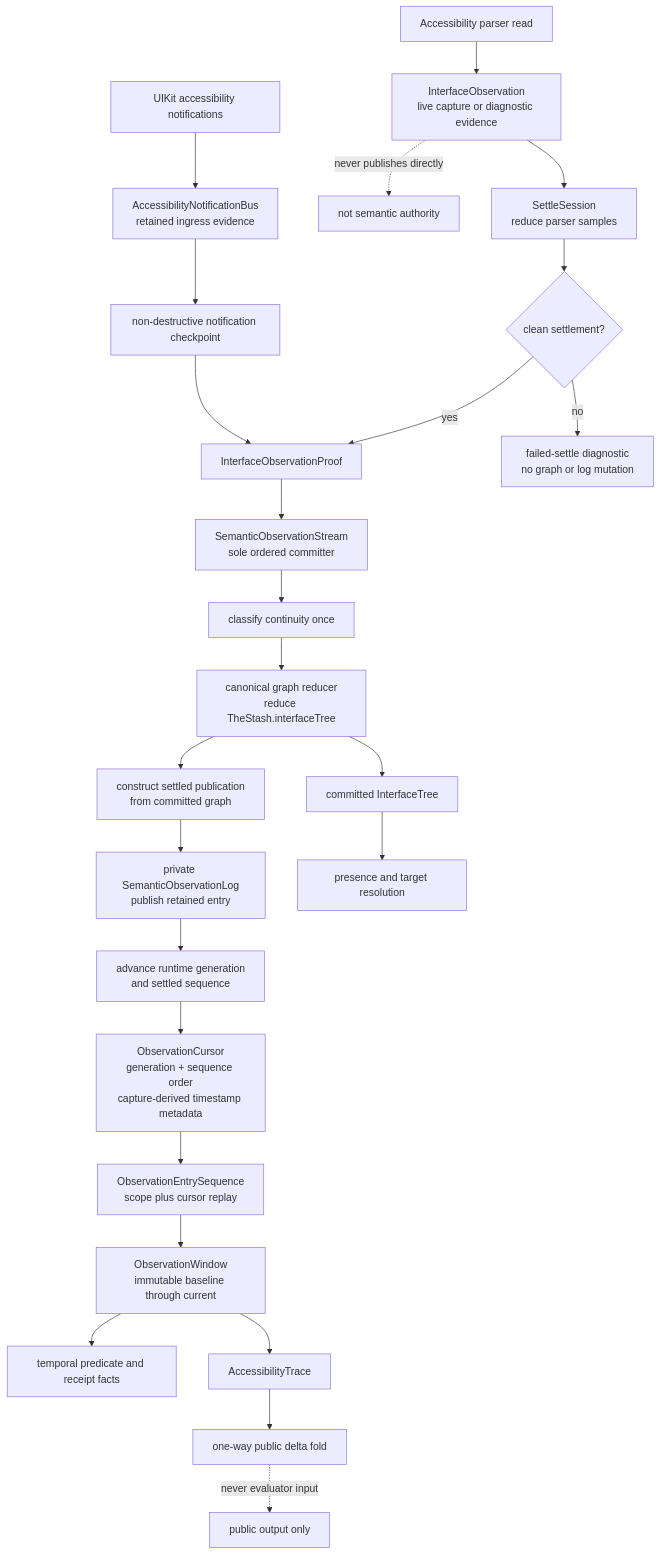
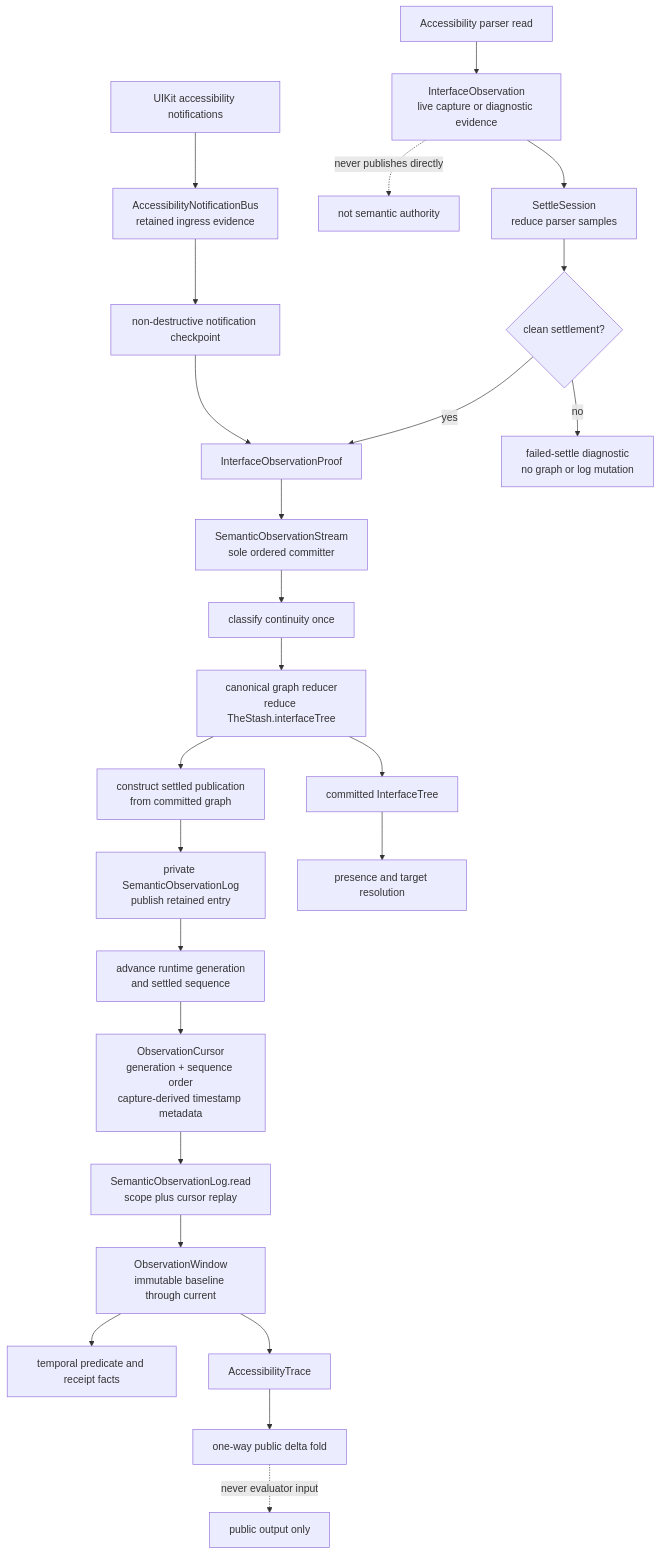
Before and after one commit to RoyalPineapple/TheButtonHeist: the first of 5 diagrams in docs/diagrams/observation-pipeline.md, drawn with Mermaid. The commit also changed other lines of this file and 100 other files, not shown here.

First line of the commit message:
Consolidate canonical architecture ownership (#1354)

````diff
--- a/docs/diagrams/observation-pipeline.md
+++ b/docs/diagrams/observation-pipeline.md
@@ -31,29 +30,29 @@
 ```mermaid
 flowchart TD
     Parser["Accessibility parser read"] --> Raw["InterfaceObservation<br/>live capture or diagnostic evidence"]
     Raw --> Settle["SettleSession<br/>reduce parser samples"]
     Raw -. "never publishes directly" .-> NoAuthority["not semantic authority"]
     Signals["UIKit accessibility notifications"] --> Bus["AccessibilityNotificationBus<br/>retained ingress evidence"]
     Bus --> Checkpoint["non-destructive notification checkpoint"]
     Checkpoint --> Proof
     Settle --> Clean{"clean settlement?"}
     Clean -->|no| Diagnostic["failed-settle diagnostic<br/>no graph or log mutation"]
     Clean -->|yes| Proof["InterfaceObservationProof"]
 
     Proof --> Committer["SemanticObservationStream<br/>sole ordered committer"]
     Committer --> Continuity["classify continuity once"]
     Continuity --> Graph["canonical graph reducer<br/>reduce TheStash.interfaceTree"]
     Graph --> Publication["construct settled publication<br/>from committed graph"]
     Publication --> Log["private SemanticObservationLog<br/>publish retained entry"]
     Log --> Runtime["advance runtime generation<br/>and settled sequence"]
     Runtime --> Cursor["ObservationCursor<br/>generation + sequence order<br/>capture-derived timestamp metadata"]
-    Cursor --> Entries["ObservationEntrySequence<br/>scope plus cursor replay"]
+    Cursor --> Entries["SemanticObservationLog.read<br/>scope plus cursor replay"]
 
     Current["committed InterfaceTree"] --> Presence["presence and target resolution"]
     Graph --> Current
     Entries --> Window["ObservationWindow<br/>immutable baseline through current"]
     Window --> Temporal["temporal predicate and receipt facts"]
     Window --> Trace["AccessibilityTrace"]
     Trace --> Delta["one-way public delta fold"]
     Delta -. "never evaluator input" .-> Output["public output only"]
 ```
````
